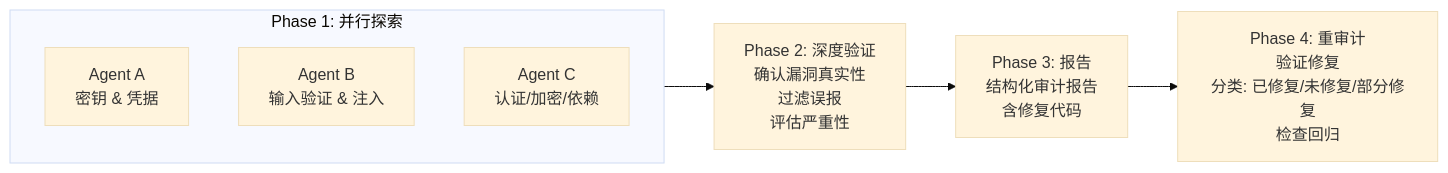
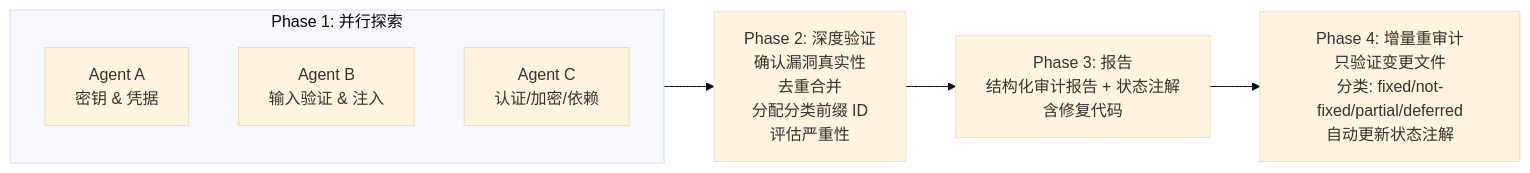
The second of 2 diagrams in README.md (Azzygoatcoder/code-security-skills), drawn with Mermaid (base theme) before and after one commit. The commit also changed other lines of this file, not shown here.

````diff
--- a/README.md
+++ b/README.md
@@ -72,12 +109,12 @@
 ```mermaid
 flowchart LR
     subgraph Phase1[Phase 1: 并行探索]
         A[Agent A<br/>密钥 & 凭据]
         B[Agent B<br/>输入验证 & 注入]
         C[Agent C<br/>认证/加密/依赖]
     end
 
-    Phase1 --> Phase2[Phase 2: 深度验证<br/>确认漏洞真实性<br/>过滤误报<br/>评估严重性]
-    Phase2 --> Phase3[Phase 3: 报告<br/>结构化审计报告<br/>含修复代码]
-    Phase3 --> Phase4[Phase 4: 重审计<br/>验证修复<br/>分类: 已修复/未修复/部分修复<br/>检查回归]
+    Phase1 --> Phase2[Phase 2: 深度验证<br/>确认漏洞真实性<br/>去重合并<br/>分配分类前缀 ID<br/>评估严重性]
+    Phase2 --> Phase3[Phase 3: 报告<br/>结构化审计报告 + 状态注解<br/>含修复代码]
+    Phase3 --> Phase4[Phase 4: 增量重审计<br/>只验证变更文件<br/>分类: fixed/not-fixed/partial/deferred<br/>自动更新状态注解]
 ```
````
